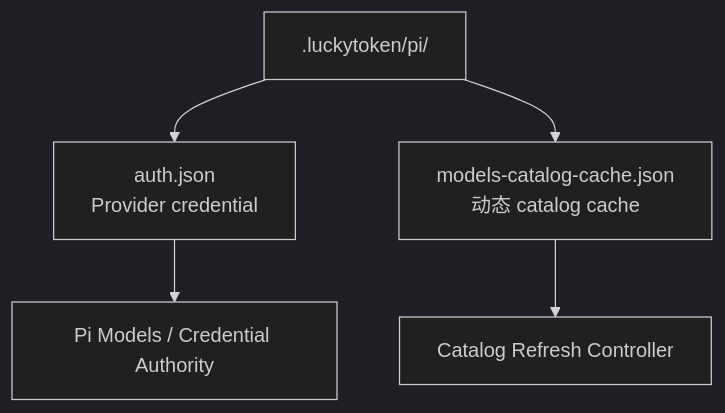
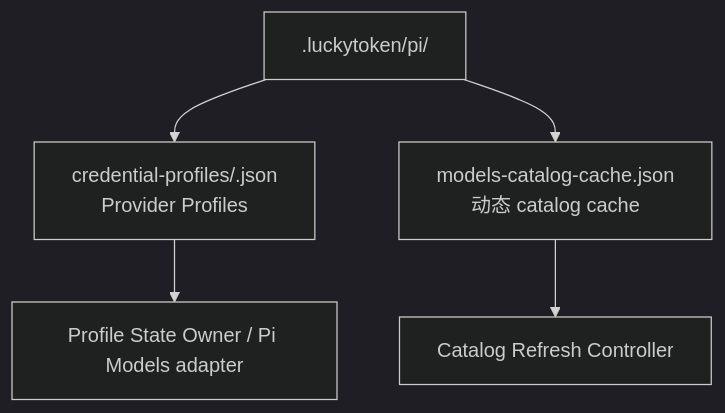
Before and after one commit to keeplearning2026/LuckyToken: diagram 11 of 19 in doc/LuckyTokenArchitecture.md, drawn with Mermaid (dark theme). The commit also changed other lines of this file and 130 other files, not shown here.

Commit message:
feat: add provider credential profiles

````diff
--- a/doc/LuckyTokenArchitecture.md
+++ b/doc/LuckyTokenArchitecture.md
@@ -1497,7 +1477,7 @@
 ```mermaid
 flowchart TB
-    D[".luckytoken/pi/"] --> A["auth.json\nProvider credential"]
+    D[".luckytoken/pi/"] --> A["credential-profiles/<provider>.json\nProvider Profiles"]
     D --> C["models-catalog-cache.json\n动态 catalog cache"]
-    A --> P["Pi Models / Credential Authority"]
+    A --> P["Profile State Owner / Pi Models adapter"]
     C --> R["Catalog Refresh Controller"]
 ```
````
